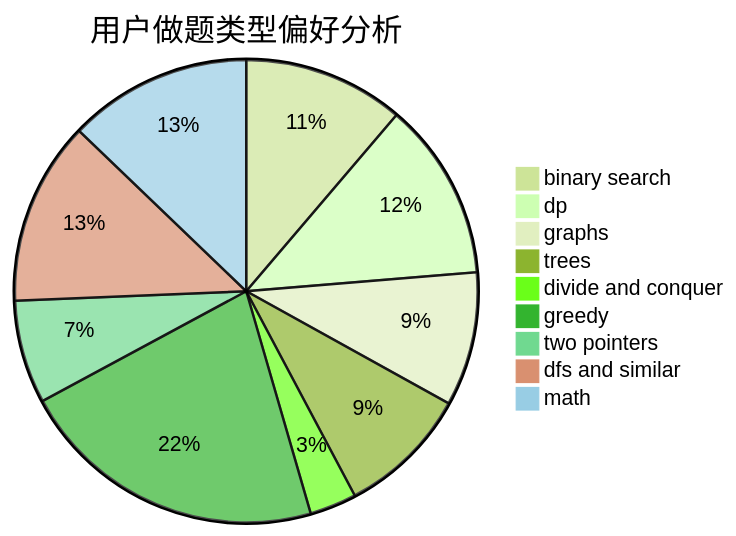
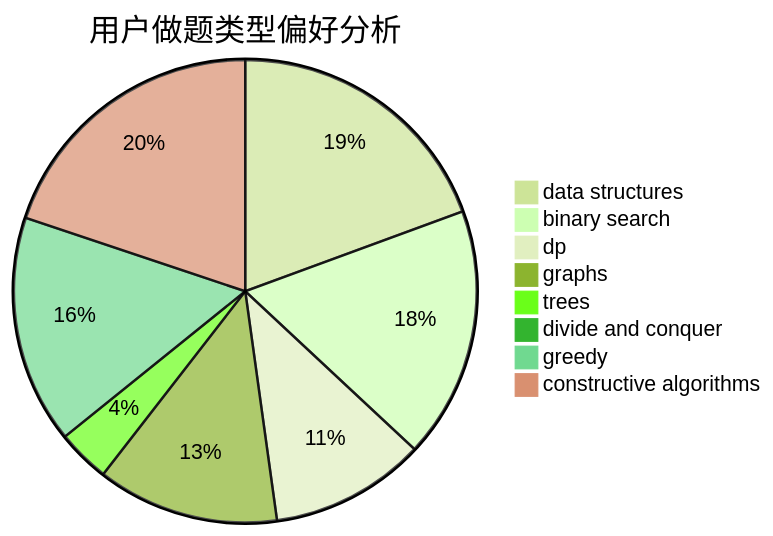
Before and after one commit to sherpahu/cfrs.github.io: the second of 3 diagrams in docs/user/u57.md, drawn with Mermaid (forest theme). The commit also changed other lines of this file and 2775 other files, not shown here.

````diff
--- a/docs/user/u57.md
+++ b/docs/user/u57.md
@@ -23,12 +23,11 @@
 ```mermaid
 pie title 用户做题类型偏好分析
-    "binary search" :  120
-    "dp" :  133
-    "graphs" :  100
-    "trees" :  98
-    "divide and conquer" :  35
-    "greedy" :  231
-    "two pointers" :  77
-    "dfs and similar" :  137
-    "math" :  137
+    "data structures" :  84
+    "binary search" :  76
+    "dp" :  47
+    "graphs" :  55
+    "trees" :  16
+    "divide and conquer" :  1
+    "greedy" :  69
+    "constructive algorithms" :  86
 ```
````
